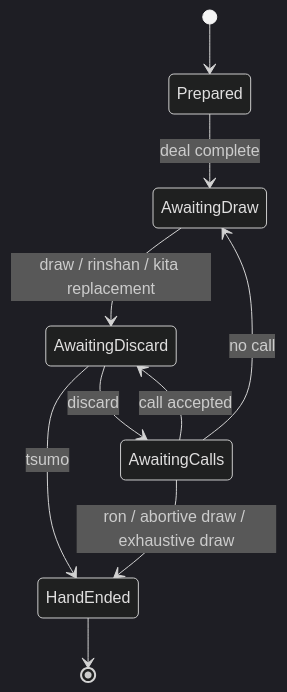
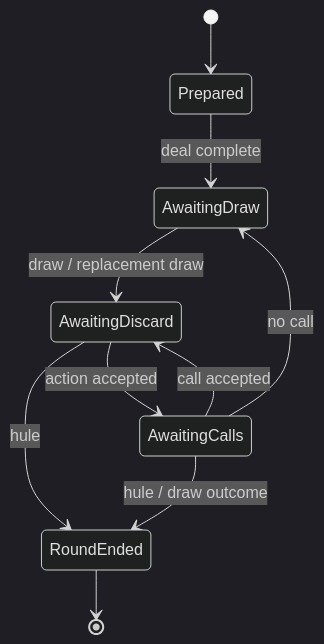
The second of 2 diagrams in docs/design/domain-model.md (Apricot-S/lizhisim), drawn with Mermaid (dark theme) before and after one commit. The commit also changed other lines of this file and 16 other files, not shown here.

````diff
--- a/docs/design/domain-model.md
+++ b/docs/design/domain-model.md
@@ -71,12 +71,12 @@
 ```mermaid
 stateDiagram-v2
     [*] --> Prepared
     Prepared --> AwaitingDraw: deal complete
-    AwaitingDraw --> AwaitingDiscard: draw / rinshan / kita replacement
-    AwaitingDiscard --> AwaitingCalls: discard
-    AwaitingDiscard --> HandEnded: tsumo
+    AwaitingDraw --> AwaitingDiscard: draw / replacement draw
+    AwaitingDiscard --> AwaitingCalls: action accepted
+    AwaitingDiscard --> RoundEnded: hule
     AwaitingCalls --> AwaitingDiscard: call accepted
     AwaitingCalls --> AwaitingDraw: no call
-    AwaitingCalls --> HandEnded: ron / abortive draw / exhaustive draw
-    HandEnded --> [*]
+    AwaitingCalls --> RoundEnded: hule / draw outcome
+    RoundEnded --> [*]
 ```
````
